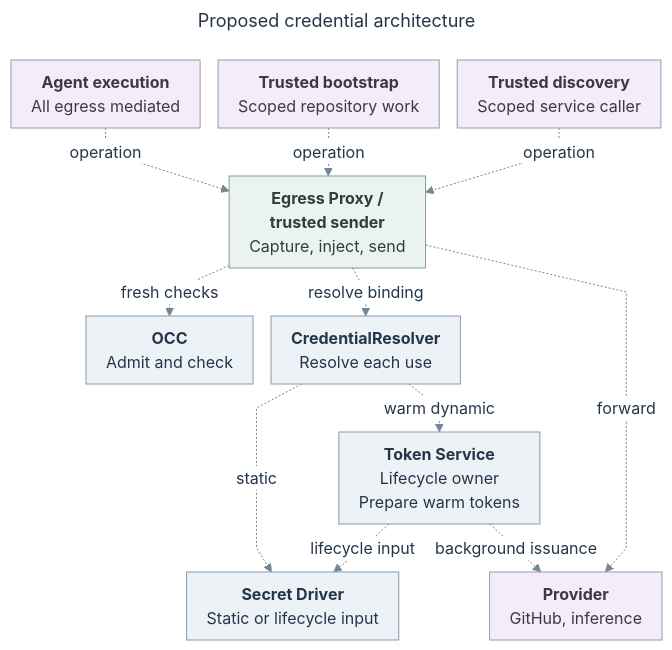
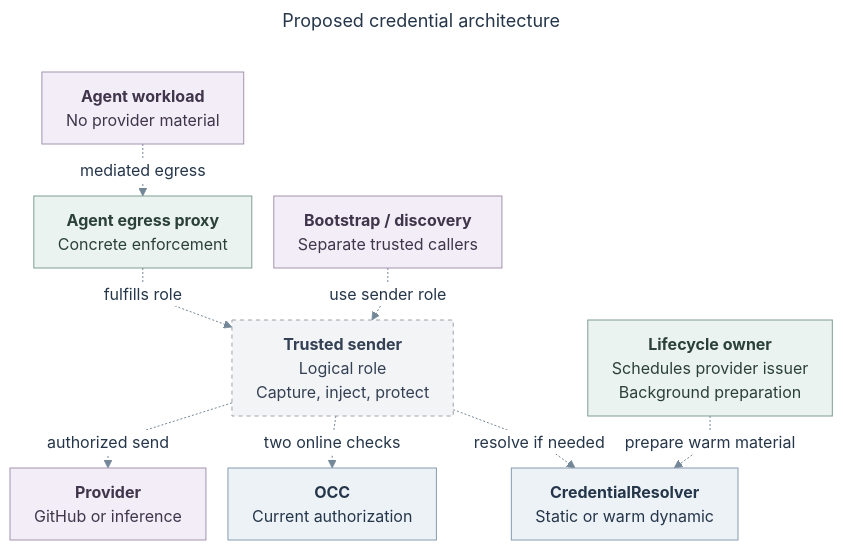
Before and after one commit to freeqaz-openai/openclaw-enterprise: the diagram in specs/rfcs/0019-egress-proxy-credential-lifecycle/assets/overview.mmd, drawn with Mermaid. The commit also changed 16 other files, not shown here.

Commit message:
docs(rfc): clarify egress architecture and security model

```diff
--- a/specs/rfcs/0019-egress-proxy-credential-lifecycle/assets/overview.mmd
+++ b/specs/rfcs/0019-egress-proxy-credential-lifecycle/assets/overview.mmd
@@ -1,46 +1,51 @@
 ---
 title: "Proposed credential architecture"
 config:
   theme: base
   htmlLabels: true
   themeVariables:
     fontFamily: "Arial, sans-serif"
     fontSize: "16px"
     primaryTextColor: "#25364A"
     lineColor: "#748798"
     edgeLabelBackground: "#FFFFFF"
+    clusterBkg: "#FAFBFC"
+    clusterBorder: "#D8DEE6"
   flowchart:
     useMaxWidth: false
     curve: linear
-    nodeSpacing: 18
-    rankSpacing: 24
-    padding: 10
+    nodeSpacing: 22
+    rankSpacing: 28
+    padding: 12
     diagramPadding: 12
+    subGraphTitleMargin:
+      top: 10
+      bottom: 14
 ---
 flowchart TB
-  Agent["<b>Agent execution</b><br/>All egress mediated"]
-  Bootstrap["<b>Trusted bootstrap</b><br/>Scoped repository work"]
-  Discovery["<b>Trusted discovery</b><br/>Scoped service caller"]
-  Sender["<b>Egress Proxy /</b><br/><b>trusted sender</b><br/>Capture, inject, send"]
-  Control["<b>OCC</b><br/>Admit and check"]
-  Resolver["<b>CredentialResolver</b><br/>Resolve each use"]
-  Secret["<b>Secret Driver</b><br/>Static or lifecycle input"]
-  Lifecycle["<b>Token Service</b><br/>Lifecycle owner<br/>Prepare warm tokens"]
-  Provider["<b>Provider</b><br/>GitHub, inference"]
-  Agent -. operation .-> Sender
-  Bootstrap -. operation .-> Sender
-  Discovery -. operation .-> Sender
-  Sender -. fresh checks .-> Control
-  Sender -. resolve binding .-> Resolver
-  Resolver -. static .-> Secret
-  Resolver -. warm dynamic .-> Lifecycle
-  Lifecycle -. lifecycle input .-> Secret
-  Lifecycle -. background issuance .-> Provider
-  Sender -. forward .-> Provider
-  class Agent,Bootstrap,Discovery,Provider external
-  class Sender action
-  class Control,Resolver,Secret,Lifecycle api
+  Agent["<b>Agent workload</b><br/>No provider material"]
+  Proxy["<b>Agent egress proxy</b><br/>Concrete enforcement"]
+  Other["<b>Bootstrap / discovery</b><br/>Separate trusted callers"]
+  Sender["<b>Trusted sender</b><br/>Logical role<br/>Capture, inject, protect"]
+  OCC["<b>OCC</b><br/>Current authorization"]
+  Resolver["<b>CredentialResolver</b><br/>Static or warm dynamic"]
+  Provider["<b>Provider</b><br/>GitHub or inference"]
+  Background["<b>Lifecycle owner</b><br/>Schedules provider issuer<br/>Background preparation"]
+  Agent -. mediated egress .-> Proxy
+  Proxy -. fulfills role .-> Sender
+  Other -. use sender role .-> Sender
+  Sender -. authorized send .-> Provider
+  Sender -. two online checks .-> OCC
+  Sender -. resolve if needed .-> Resolver
+  Background -. prepare warm material .-> Resolver
+  class Agent,Other,Provider external
+  class Proxy action
+  class Sender logical
+  class OCC,Resolver api
+  class Background action
   classDef api fill:#EDF2F7,stroke:#879AB0,color:#25364A,stroke-width:1px
   classDef action fill:#EBF3F0,stroke:#7F9D93,color:#2B4038,stroke-width:1px
   classDef external fill:#F2EDF6,stroke:#A394AF,color:#40354B,stroke-width:1px
+  classDef gate fill:#F7F1E5,stroke:#B3A078,color:#514532,stroke-width:1px
+  classDef logical fill:#F3F4F6,stroke:#98A2AE,color:#344054,stroke-width:1px,stroke-dasharray:4 4
   linkStyle default stroke:#748798,stroke-width:1px
```
